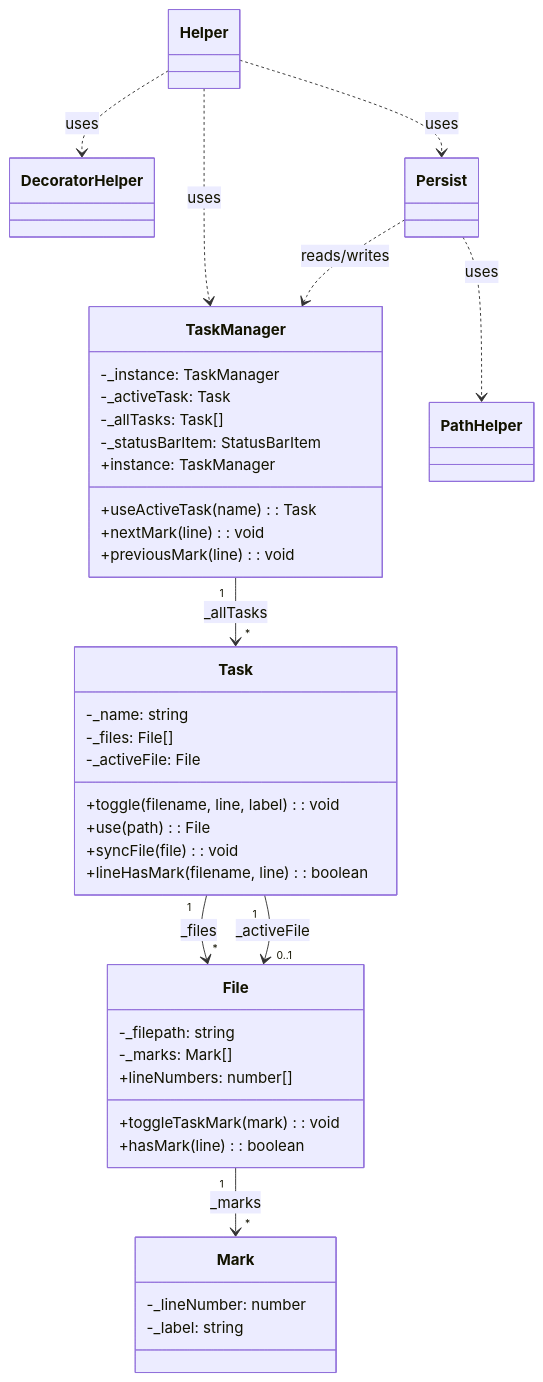
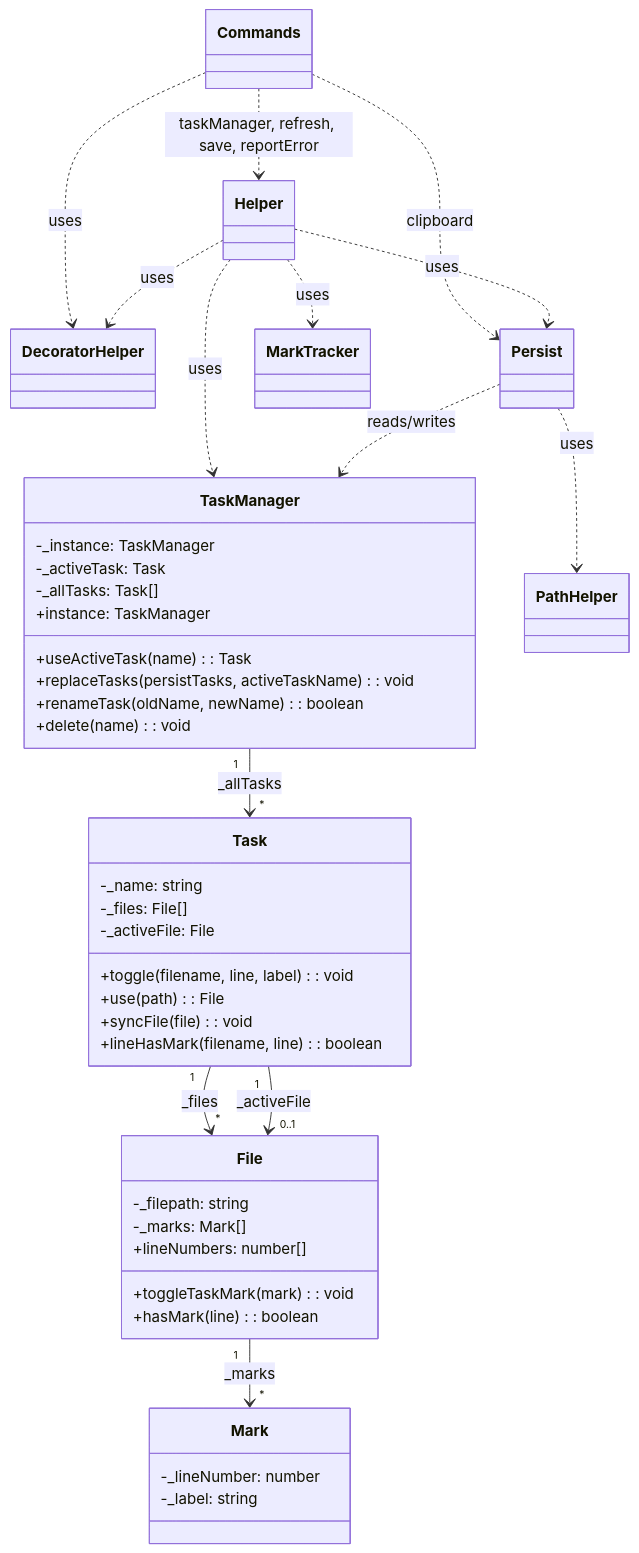
The first of 5 diagrams in docu/ARCHITECTURE.md (norbertK/taskmarks), drawn with Mermaid before and after one commit. The commit also changed other lines of this file and 14 other files, not shown here.

First line of the commit message:
Split Helper into Commands, MarkTracker and core/errors

````diff
--- a/docu/ARCHITECTURE.md
+++ b/docu/ARCHITECTURE.md
@@ -44,48 +47,52 @@
 ```mermaid
 classDiagram
     TaskManager "1" --> "*" Task : _allTasks
     Task "1" --> "*" File : _files
     Task "1" --> "0..1" File : _activeFile
     File "1" --> "*" Mark : _marks
     
+    Commands ..> Helper : taskManager, refresh, save, reportError
+    Commands ..> DecoratorHelper : uses
+    Commands ..> Persist : clipboard
     Helper ..> TaskManager : uses
+    Helper ..> MarkTracker : uses
     Helper ..> DecoratorHelper : uses
     Helper ..> Persist : uses
     
     Persist ..> TaskManager : reads/writes
     Persist ..> PathHelper : uses
     
     class TaskManager {
         -_instance: TaskManager
         -_activeTask: Task
         -_allTasks: Task[]
-        -_statusBarItem: StatusBarItem
         +instance: TaskManager
         +useActiveTask(name): Task
-        +nextMark(line): void
-        +previousMark(line): void
+        +replaceTasks(persistTasks, activeTaskName): void
+        +renameTask(oldName, newName): boolean
+        +delete(name): void
     }
     
     class Task {
         -_name: string
         -_files: File[]
         -_activeFile: File
         +toggle(filename, line, label): void
         +use(path): File
         +syncFile(file): void
         +lineHasMark(filename, line): boolean
     }
     
     class File {
         -_filepath: string
         -_marks: Mark[]
         +toggleTaskMark(mark): void
         +hasMark(line): boolean
         +lineNumbers: number[]
     }
     
     class Mark {
         -_lineNumber: number
         -_label: string
     }
 ```
````
